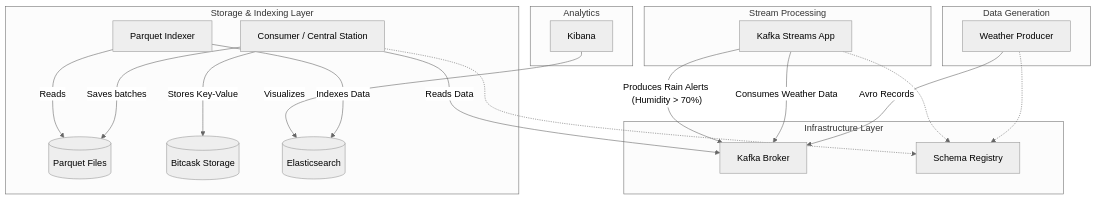
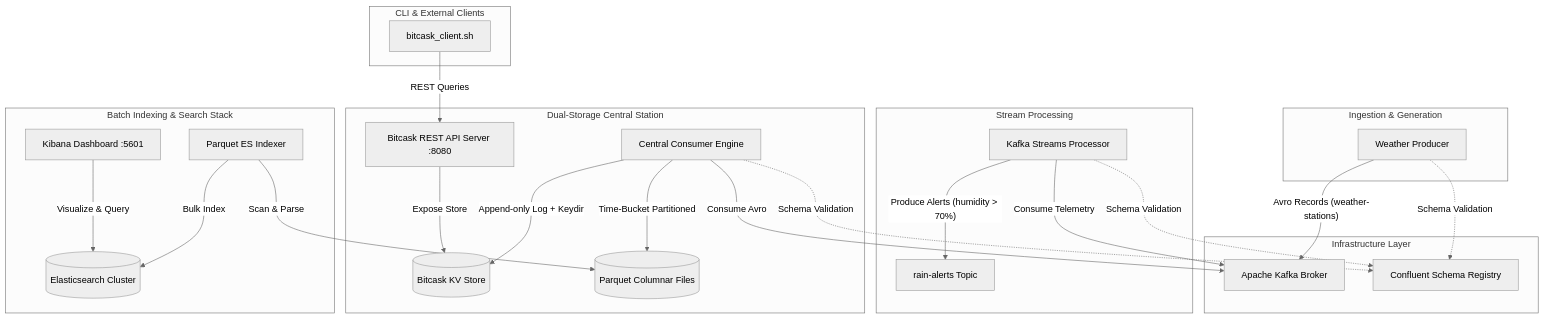
The diagram in README.md (marmoh2002/WeatherStation), drawn with Mermaid (neutral theme) before and after one commit. The commit also changed other lines of this file and 1 other file, not shown here.

````diff
--- a/README.md
+++ b/README.md
@@ -13,33 +21,38 @@
 ```mermaid
 graph TD
     subgraph "Infrastructure Layer"
-        K[Kafka Broker]
-        SR[Schema Registry]
+        K[Apache Kafka Broker]
+        SR[Confluent Schema Registry]
     end
 
-    subgraph "Data Generation"
-        P[Weather Producer] -- "Avro Records" --> K
+    subgraph "Ingestion & Generation"
+        P[Weather Producer] -- "Avro Records (weather-stations)" --> K
     end
 
     subgraph "Stream Processing"
-        S[Kafka Streams App] -- "Consumes Weather Data" --> K
-        S -- "Produces Rain Alerts (Humidity > 70%)" --> K
+        S[Kafka Streams Processor] -- "Consume Telemetry" --> K
+        S -- "Produce Alerts (humidity > 70%)" --> K2[rain-alerts Topic]
     end
 
-    subgraph "Storage & Indexing Layer"
-        C[Consumer / Central Station] -- "Reads Data" --> K
-        C -- "Saves batches" --> PQ[(Parquet Files)]
-        C -- "Stores Key-Value" --> BC[(Bitcask Storage)]
+    subgraph "Dual-Storage Central Station"
+        C[Central Consumer Engine] -- "Consume Avro" --> K
+        C -- "Append-only Log + Keydir" --> BC[(Bitcask KV Store)]
+        C -- "Time-Bucket Partitioned" --> PQ[(Parquet Columnar Files)]
         
-        IDX[Parquet Indexer] -- "Reads" --> PQ
-        IDX -- "Indexes Data" --> ES[(Elasticsearch)]
+        API[Bitcask REST API Server :8080] -- "Expose Store" --> BC
     end
 
-    subgraph "Analytics"
-        KIB[Kibana] -- "Visualizes" --> ES
+    subgraph "Batch Indexing & Search Stack"
+        IDX[Parquet ES Indexer] -- "Scan & Parse" --> PQ
+        IDX -- "Bulk Index" --> ES[(Elasticsearch Cluster)]
+        KIB[Kibana Dashboard :5601] -- "Visualize & Query" --> ES
     end
 
-    P -.-> SR
-    S -.-> SR
-    C -.-> SR
+    subgraph "CLI & External Clients"
+        CLI[bitcask_client.sh] -- "REST Queries" --> API
+    end
+
+    P -. "Schema Validation" .-> SR
+    S -. "Schema Validation" .-> SR
+    C -. "Schema Validation" .-> SR
 ```
````
